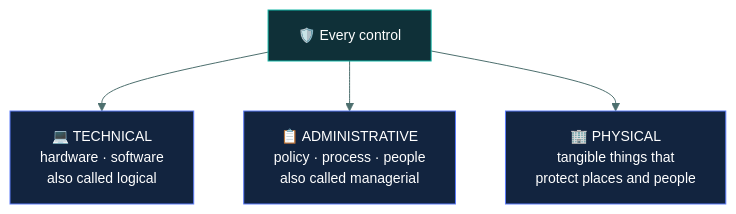
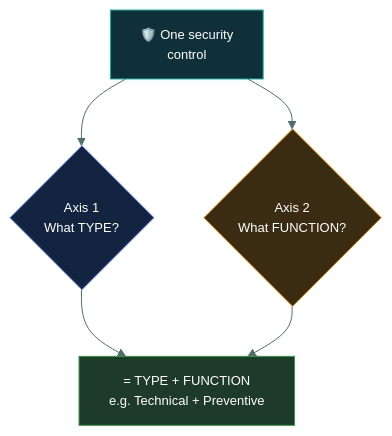
One commit to tarunTejaDesireddy/cc-exam-prep changed the first of 3 diagrams in 01-security-principles/security-controls/README.md. Above: the diagram before and after it, drawn with Mermaid. The commit also changed other lines of this file and 1 other file, not shown here.

First line of the commit message:
Rewrite security-controls with the two-axis caveman walkthrough

````diff
--- a/01-security-principles/security-controls/README.md
+++ b/01-security-principles/security-controls/README.md
@@ -71,12 +28,14 @@
 ```mermaid
-%%{init: {'theme':'base','themeVariables':{'fontSize':'14px','lineColor':'#4d6f6e','textColor':'#dbe7e6'}}}%%
+%%{init: {'theme':'base','themeVariables':{'fontFamily':'Segoe UI, Helvetica Neue, Arial, sans-serif','fontSize':'13px','lineColor':'#4d6f6e','textColor':'#dbe7e6'}}}%%
 flowchart TD
-    C["🛡️ Every control"] --> T["💻 TECHNICAL<br/>hardware · software<br/>also called logical"]
-    C --> A["📋 ADMINISTRATIVE<br/>policy · process · people<br/>also called managerial"]
-    C --> P["🏢 PHYSICAL<br/>tangible things that<br/>protect places and people"]
+    CTRL["🛡️ One security<br/>control"]
+    CTRL --> T{"Axis 1<br/>What TYPE?"}
+    CTRL --> F{"Axis 2<br/>What FUNCTION?"}
+    T --> ANS["= TYPE + FUNCTION<br/>e.g. Technical + Preventive"]
+    F --> ANS
 
-    style C fill:#0f3038,stroke:#12B5A5,color:#fff
+    style CTRL fill:#0f3038,stroke:#12B5A5,color:#fff
     style T fill:#12243f,stroke:#5C7CFA,color:#fff
-    style A fill:#12243f,stroke:#5C7CFA,color:#fff
-    style P fill:#12243f,stroke:#5C7CFA,color:#fff
+    style F fill:#3a2c12,stroke:#F08C00,color:#fff
+    style ANS fill:#1d3a2a,stroke:#2F9E44,color:#fff
 ```
````
